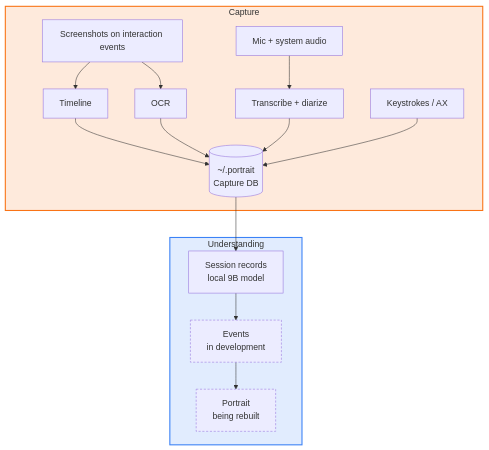
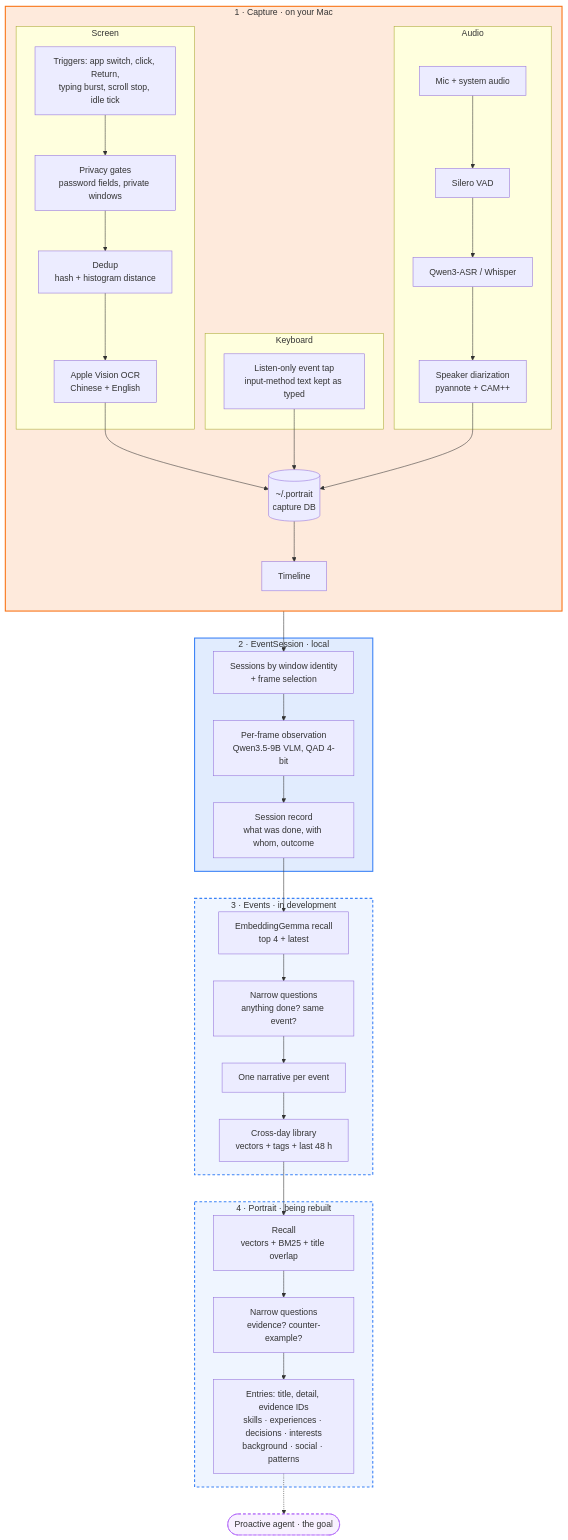
The diagram in README.md (joyzhang14-14/My-Portrait), drawn with Mermaid before and after one commit. The commit also changed other lines of this file, not shown here.

Commit message:
docs(readme): detailed how-it-works flowchart

````diff
--- a/README.md
+++ b/README.md
@@ -19,26 +19,42 @@
 ```mermaid
 flowchart TB
-  subgraph CAP["Capture"]
-    A1["Screenshots on interaction events"] --> B1["OCR"]
-    A2["Mic + system audio"] --> B2["Transcribe + diarize"]
-    A3["Keystrokes / AX"]
-    A1 --> TL["Timeline"]
-
-    TL --> MT[("~/.portrait<br/>Capture DB")]
-    B1 --> MT
-    B2 --> MT
-    A3 --> MT
+  subgraph CAP["1 · Capture · on your Mac"]
+    direction TB
+    subgraph SCR["Screen"]
+      T["Triggers: app switch, click, Return,<br/>typing burst, scroll stop, idle tick"] --> PG["Privacy gates<br/>password fields, private windows"] --> DD["Dedup<br/>hash + histogram distance"] --> OCR["Apple Vision OCR<br/>Chinese + English"]
+    end
+    subgraph KEY["Keyboard"]
+      K["Listen-only event tap<br/>input-method text kept as typed"]
+    end
+    subgraph AUD["Audio"]
+      M["Mic + system audio"] --> VAD["Silero VAD"] --> ASR["Qwen3-ASR / Whisper"] --> DZ["Speaker diarization<br/>pyannote + CAM++"]
+    end
+    OCR --> DB[("~/.portrait<br/>capture DB")]
+    K --> DB
+    DZ --> DB
+    DB --> TL["Timeline"]
   end
 
-  subgraph UND["Understanding"]
-    S["Session records<br/>local 9B model"] --> E["Events<br/>in development"]
-    E --> P["Portrait<br/>being rebuilt"]
+  subgraph ES["2 · EventSession · local"]
+    SP["Sessions by window identity<br/>+ frame selection"] --> OBS["Per-frame observation<br/>Qwen3.5-9B VLM, QAD 4-bit"] --> SR["Session record<br/>what was done, with whom, outcome"]
   end
 
-  MT --> S
+  subgraph EM["3 · Events · in development"]
+    R1["EmbeddingGemma recall<br/>top 4 + latest"] --> Q1["Narrow questions<br/>anything done? same event?"] --> W1["One narrative per event"] --> LIB["Cross-day library<br/>vectors + tags + last 48 h"]
+  end
+
+  subgraph PT["4 · Portrait · being rebuilt"]
+    R2["Recall<br/>vectors + BM25 + title overlap"] --> Q2["Narrow questions<br/>evidence? counter-example?"] --> W2["Entries: title, detail, evidence IDs<br/>skills · experiences · decisions · interests<br/>background · social · patterns"]
+  end
+
+  DB --> SP
+  SR --> R1
+  LIB --> R2
+  W2 -.-> AG(["Proactive agent · the goal"])
 
   style CAP fill:#f9731626,stroke:#f97316,stroke-width:2px
-  style UND fill:#3b82f626,stroke:#3b82f6,stroke-width:2px
-  style E stroke-dasharray:4 3
-  style P stroke-dasharray:4 3
+  style ES fill:#3b82f626,stroke:#3b82f6,stroke-width:2px
+  style EM fill:#3b82f614,stroke:#3b82f6,stroke-width:2px,stroke-dasharray:5 4
+  style PT fill:#3b82f614,stroke:#3b82f6,stroke-width:2px,stroke-dasharray:5 4
+  style AG fill:#a855f714,stroke:#a855f7,stroke-dasharray:5 4
 ```
````
